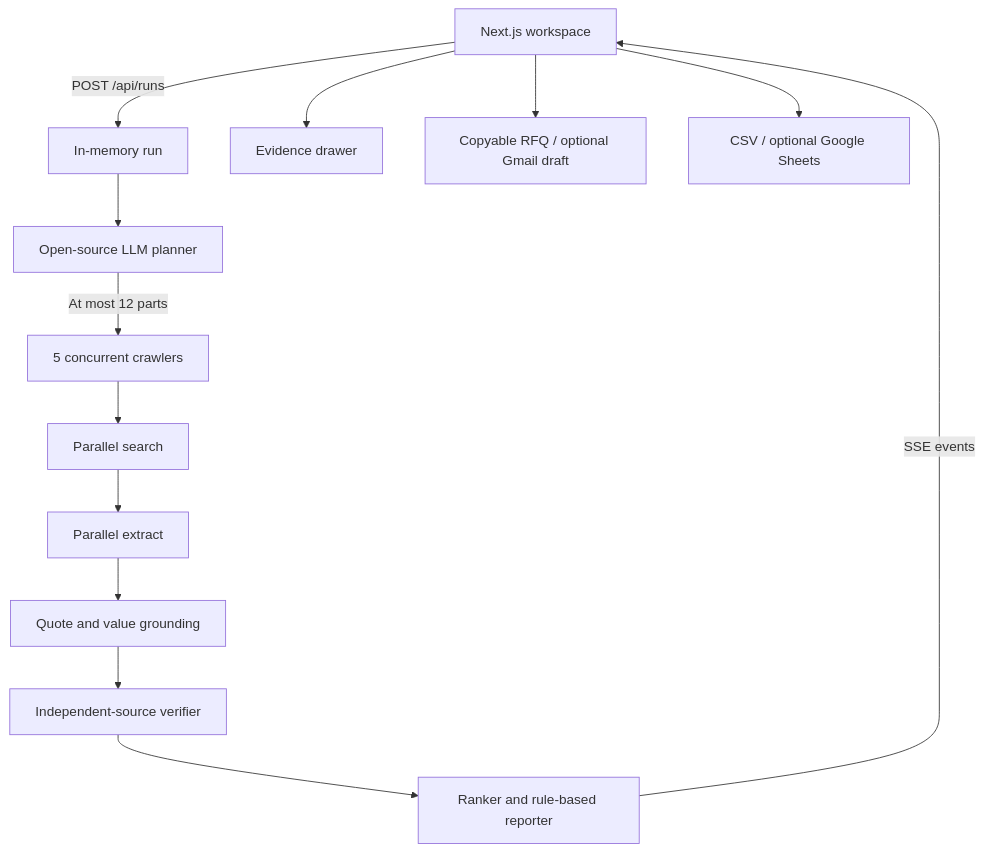
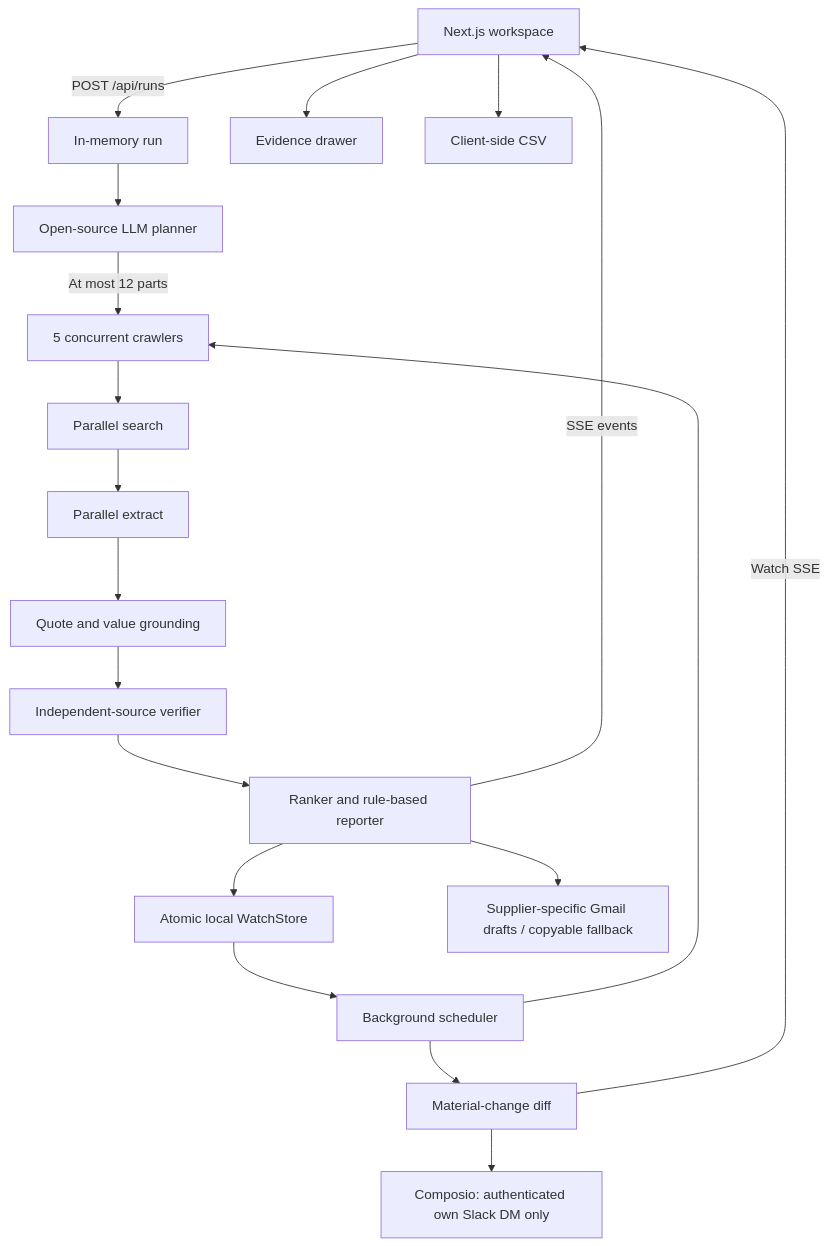
One commit to IssyPro101/cline-hack changed the diagram in README.md. Above: the diagram before and after it, drawn with Mermaid. The commit also changed other lines of this file and 15 other files, not shown here.

Commit message:
Document local autonomous operation and remove dropped Sheets functionality

````diff
--- a/README.md
+++ b/README.md
@@ -113,15 +170,21 @@
 ```mermaid
 flowchart TD
   UI[Next.js workspace] -->|POST /api/runs| Run[In-memory run]
   Run --> Planner[Open-source LLM planner]
   Planner -->|At most 12 parts| Pool[5 concurrent crawlers]
   Pool --> Search[Parallel search]
   Search --> Extract[Parallel extract]
   Extract --> Ground[Quote and value grounding]
   Ground --> Verify[Independent-source verifier]
   Verify --> Rank[Ranker and rule-based reporter]
   Rank -->|SSE events| UI
   UI --> Evidence[Evidence drawer]
-  UI --> RFQ[Copyable RFQ / optional Gmail draft]
-  UI --> Export[CSV / optional Google Sheets]
+  Rank --> Store[Atomic local WatchStore]
+  Store --> Loop[Background scheduler]
+  Loop --> Pool
+  Loop --> Diff[Material-change diff]
+  Diff -->|Watch SSE| UI
+  Diff --> Slack[Composio: authenticated own Slack DM only]
+  Rank --> RFQ[Supplier-specific Gmail drafts / copyable fallback]
+  UI --> Export[Client-side CSV]
 ```
````
